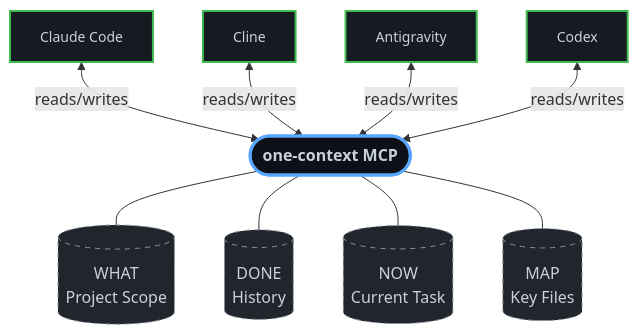
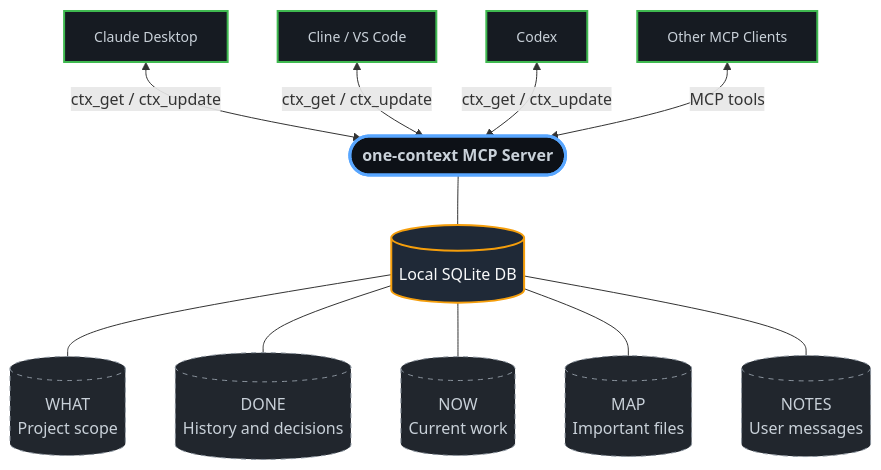
The first of 2 diagrams in README.md (m4vic/one-context-mcp), drawn with Mermaid before and after one commit. The commit also changed other lines of this file and 6 other files, not shown here.

Commit message:
Prepare one-context-mcp 0.2.0 release

````diff
--- a/README.md
+++ b/README.md
@@ -23,28 +27,33 @@
 ```mermaid
 graph TD
     classDef rootNode fill:#0d1117,stroke:#58a6ff,stroke-width:3px,color:#c9d1d9,font-size:16px,font-weight:bold;
     classDef aiNode fill:#161b22,stroke:#3fb950,stroke-width:2px,color:#c9d1d9,font-size:14px;
     classDef bucketNode fill:#21262d,stroke:#8b949e,stroke-dasharray: 5 5,color:#c9d1d9;
+    classDef localNode fill:#1f2937,stroke:#f59e0b,stroke-width:2px,color:#f9fafb;
 
-    A([one-context MCP]):::rootNode
+    A([one-context MCP Server]):::rootNode
+    DB[(Local SQLite DB)]:::localNode
 
-    C1[Claude Code]:::aiNode
-    C2[Cline]:::aiNode
-    C3[Antigravity]:::aiNode
-    C4[Codex]:::aiNode
+    C1[Claude Desktop]:::aiNode
+    C2[Cline / VS Code]:::aiNode
+    C3[Codex]:::aiNode
+    C4[Other MCP Clients]:::aiNode
 
-    B1[(WHAT\nProject Scope)]:::bucketNode
-    B2[(DONE\nHistory)]:::bucketNode
-    B3[(NOW\nCurrent Task)]:::bucketNode
-    B4[(MAP\nKey Files)]:::bucketNode
+    B1[(WHAT\nProject scope)]:::bucketNode
+    B2[(DONE\nHistory and decisions)]:::bucketNode
+    B3[(NOW\nCurrent work)]:::bucketNode
+    B4[(MAP\nImportant files)]:::bucketNode
+    B5[(NOTES\nUser messages)]:::bucketNode
 
-    C1 <-->|reads/writes| A
-    C2 <-->|reads/writes| A
-    C3 <-->|reads/writes| A
-    C4 <-->|reads/writes| A
+    C1 <-->|ctx_get / ctx_update| A
+    C2 <-->|ctx_get / ctx_update| A
+    C3 <-->|ctx_get / ctx_update| A
+    C4 <-->|MCP tools| A
 
-    A --- B1
-    A --- B2
-    A --- B3
-    A --- B4
+    A --- DB
+    DB --- B1
+    DB --- B2
+    DB --- B3
+    DB --- B4
+    DB --- B5
 ```
````
